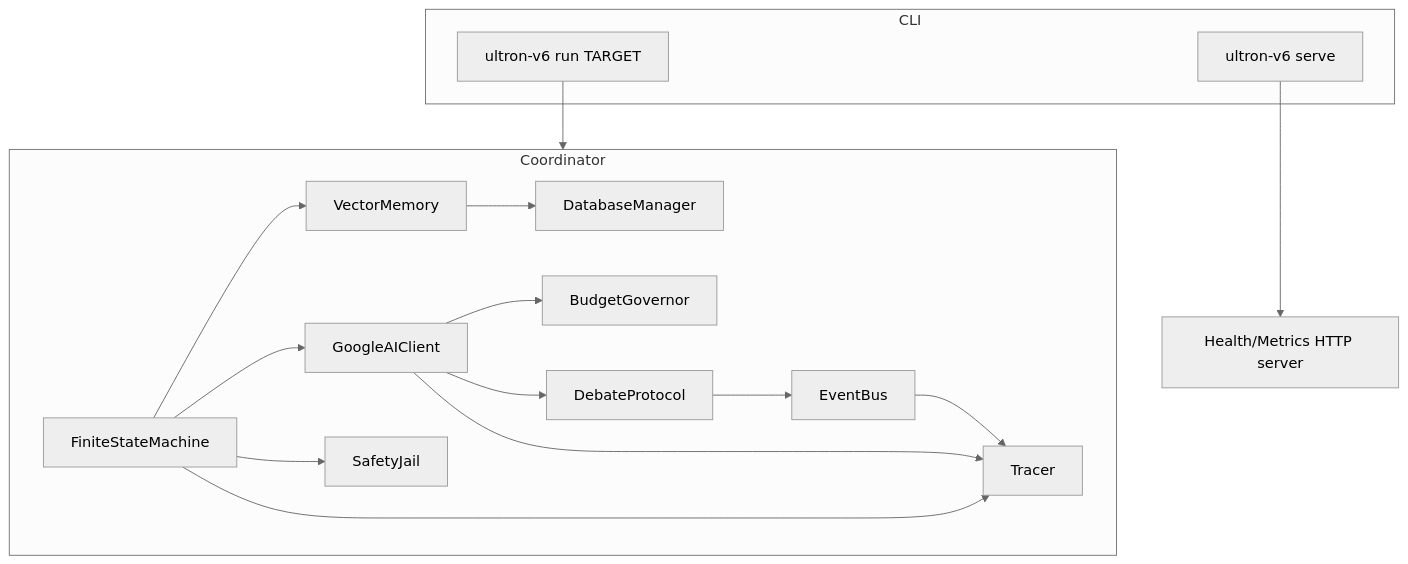
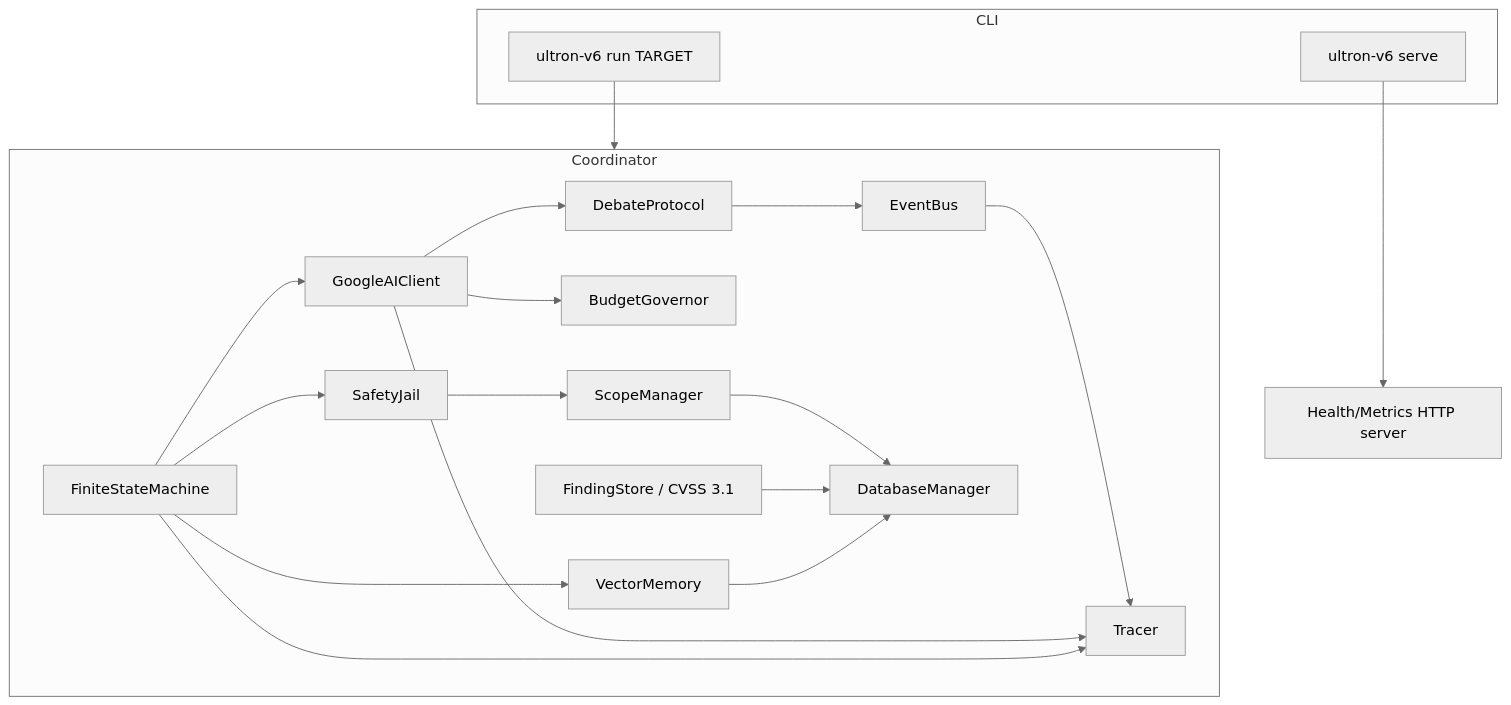
The first of 3 diagrams in docs/architecture.md (nyadaryt5/Hacks), drawn with Mermaid (neutral theme) before and after one commit. The commit also changed other lines of this file and 4 other files, not shown here.

````diff
--- a/docs/architecture.md
+++ b/docs/architecture.md
@@ -5,33 +5,38 @@
 ```mermaid
 flowchart TB
     subgraph CLI
         run["ultron-v6 run TARGET"]
         serve["ultron-v6 serve"]
     end
 
     subgraph Coordinator
         FSM["FiniteStateMachine"]
         BUS["EventBus"]
         MEM["VectorMemory"]
         BUDGET["BudgetGovernor"]
         LLM["GoogleAIClient"]
         DEBATE["DebateProtocol"]
         JAIL["SafetyJail"]
+        SCOPE["ScopeManager"]
+        FINDINGS["FindingStore / CVSS 3.1"]
         DB["DatabaseManager"]
         TRACER["Tracer"]
     end
 
     run --> Coordinator
     serve --> API["Health/Metrics HTTP server"]
 
     FSM --> MEM
     FSM --> LLM
     LLM --> BUDGET
     LLM --> DEBATE
     DEBATE --> BUS
     FSM --> JAIL
+    JAIL --> SCOPE
+    SCOPE --> DB
+    FINDINGS --> DB
     MEM --> DB
     BUS --> TRACER
     LLM --> TRACER
     FSM --> TRACER
 ```
````
